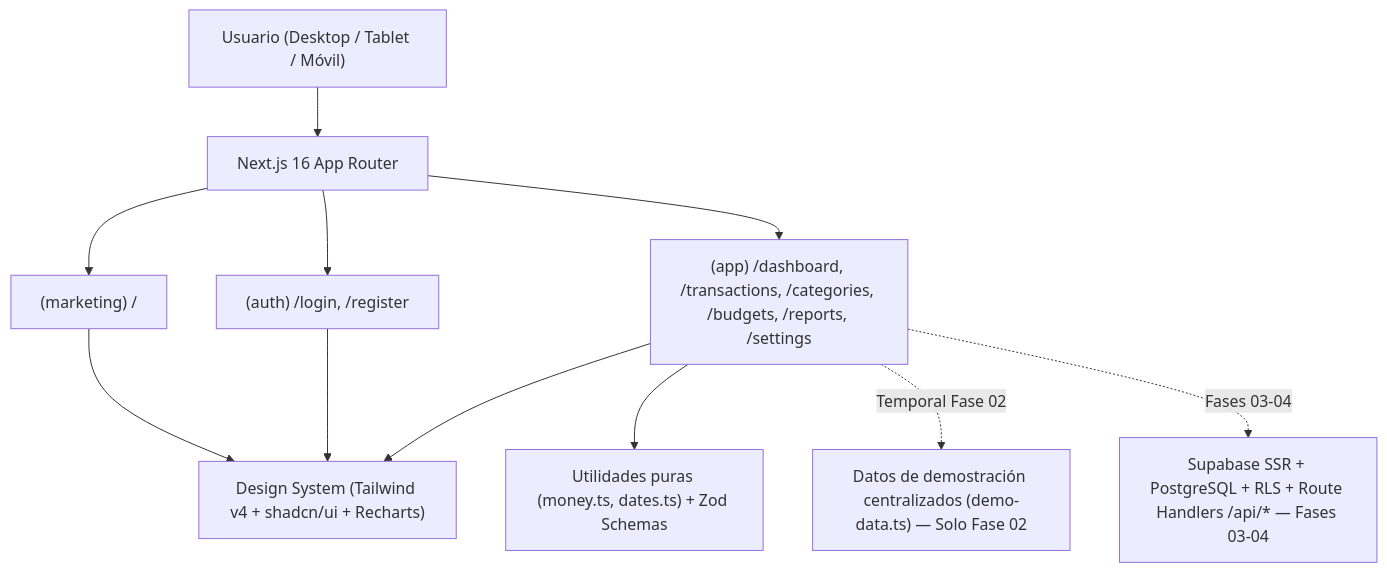
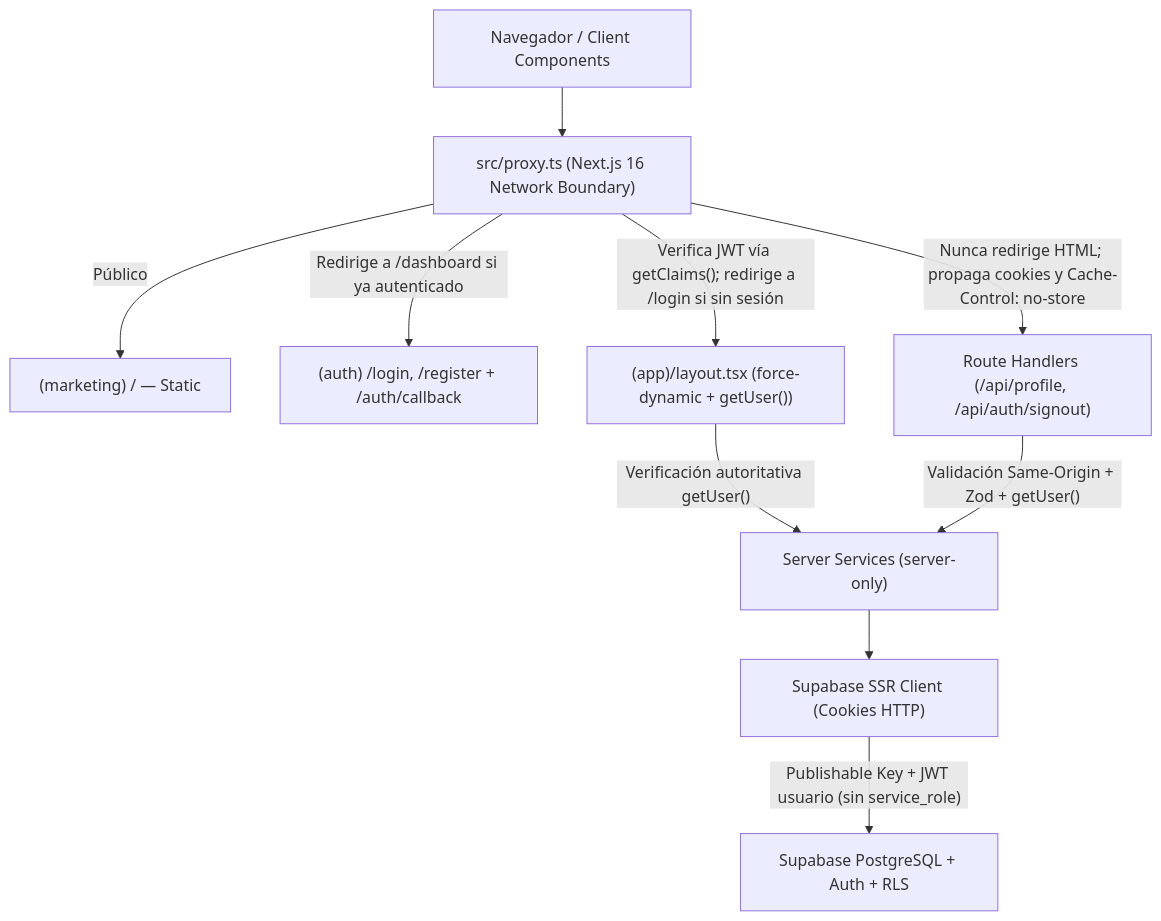
The first of 2 diagrams in docs/ARCHITECTURE.md (reneg07/fintrack), drawn with Mermaid before and after one commit. The commit also changed other lines of this file and 4 other files, not shown here.

````diff
--- a/docs/ARCHITECTURE.md
+++ b/docs/ARCHITECTURE.md
@@ -9,23 +7,22 @@
 ```mermaid
 flowchart TD
-    User["Usuario (Desktop / Tablet / Móvil)"]
-    Router["Next.js 16 App Router"]
-    Marketing["(marketing) /"]
-    Auth["(auth) /login, /register"]
-    App["(app) /dashboard, /transactions, /categories, /budgets, /reports, /settings"]
-    UI["Design System (Tailwind v4 + shadcn/ui + Recharts)"]
-    Domain["Utilidades puras (money.ts, dates.ts) + Zod Schemas"]
-    Demo["Datos de demostración centralizados (demo-data.ts) — Solo Fase 02"]
-    Future["Supabase SSR + PostgreSQL + RLS + Route Handlers /api/* — Fases 03-04"]
+    Browser["Navegador / Client Components"]
+    Proxy["src/proxy.ts (Next.js 16 Network Boundary)"]
+    Public["(marketing) / — Static"]
+    AuthUI["(auth) /login, /register + /auth/callback"]
+    AppLayout["(app)/layout.tsx (force-dynamic + getUser())"]
+    API["Route Handlers (/api/profile, /api/auth/signout)"]
+    Services["Server Services (server-only)"]
+    SupaSSR["Supabase SSR Client (Cookies HTTP)"]
+    PG["Supabase PostgreSQL + Auth + RLS"]
 
-    User --> Router
-    Router --> Marketing
-    Router --> Auth
-    Router --> App
-    Marketing --> UI
-    Auth --> UI
-    App --> UI
-    App --> Domain
-    App -.->|"Temporal Fase 02"| Demo
-    App -.->|"Fases 03-04"| Future
+    Browser --> Proxy
+    Proxy -->|"Público"| Public
+    Proxy -->|"Redirige a /dashboard si ya autenticado"| AuthUI
+    Proxy -->|"Verifica JWT vía getClaims(); redirige a /login si sin sesión"| AppLayout
+    Proxy -->|"Nunca redirige HTML; propaga cookies y Cache-Control: no-store"| API
+    AppLayout -->|"Verificación autoritativa getUser()"| Services
+    API -->|"Validación Same-Origin + Zod + getUser()"| Services
+    Services --> SupaSSR
+    SupaSSR -->|"Publishable Key + JWT usuario (sin service_role)"| PG
 ```
````
